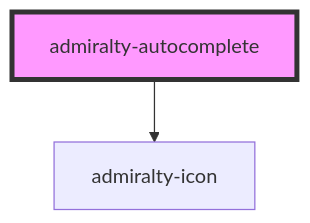
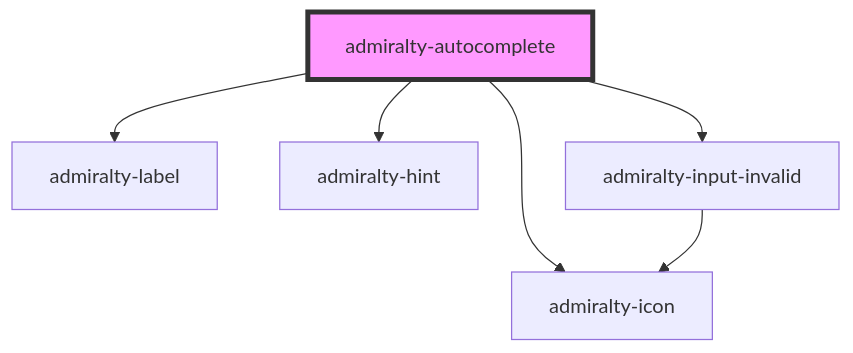
Before and after one commit to UKHO/admiralty-design-system: the diagram in packages/core/src/components/autocomplete/readme.md, drawn with Mermaid. The commit also changed other lines of this file and 3 other files, not shown here.

````diff
--- a/packages/core/src/components/autocomplete/readme.md
+++ b/packages/core/src/components/autocomplete/readme.md
@@ -45,5 +53,9 @@
 ```mermaid
 graph TD;
+  admiralty-autocomplete --> admiralty-label
+  admiralty-autocomplete --> admiralty-hint
   admiralty-autocomplete --> admiralty-icon
+  admiralty-autocomplete --> admiralty-input-invalid
+  admiralty-input-invalid --> admiralty-icon
   style admiralty-autocomplete fill:#f9f,stroke:#333,stroke-width:4px
 ```
````
